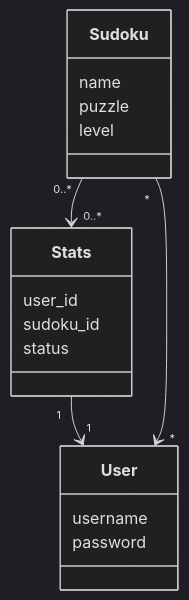
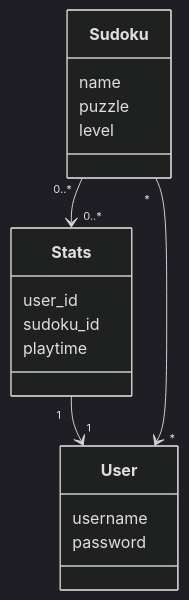
The first of 4 diagrams in dokumentaatio/arkkitehtuuri.md (jnnhan/ot-harjoitustyo), drawn with Mermaid (dark theme) before and after one commit. The commit also changed other lines of this file and 5 other files, not shown here.

````diff
--- a/dokumentaatio/arkkitehtuuri.md
+++ b/dokumentaatio/arkkitehtuuri.md
@@ -7,21 +7,21 @@
 ```mermaid
 classDiagram
     Sudoku "0..*" --> "0..*" Stats
     Stats "1" --> "1" User
     Sudoku "*" --> "*" User
 
     class User{
         username
         password
     }
     class Sudoku{
         name
         puzzle
         level
     }
     class Stats{
         user_id
         sudoku_id
-        status
+        playtime
     }
 ```
````
